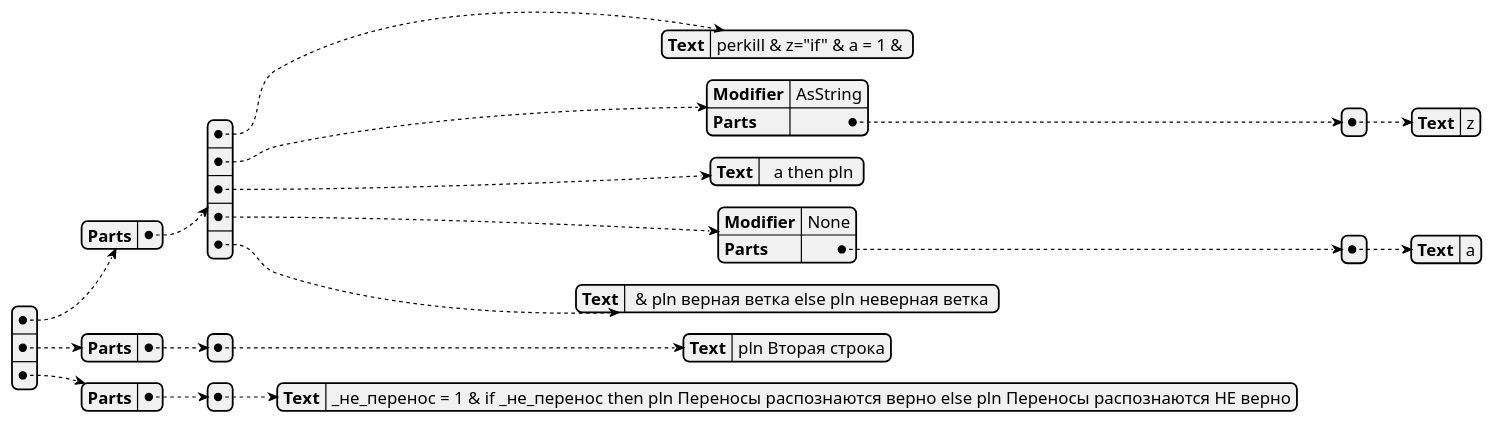
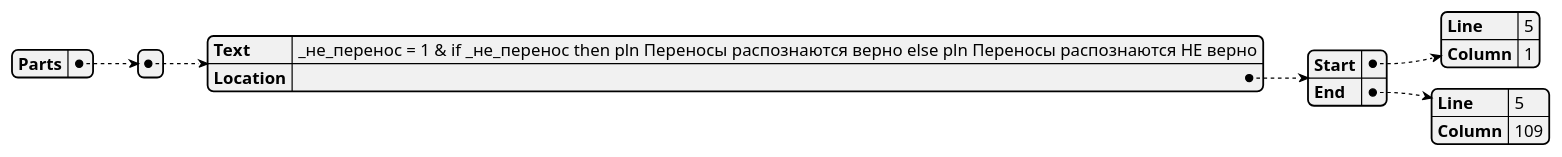
The third of 3 diagrams in Application/MURQ.URQL/docs/URQL parsing.md (realsonic/MURQ), drawn with PlantUML before and after one commit. The commit also changed other lines of this file and 7 other files, not shown here.

````diff
--- a/Application/MURQ.URQL/docs/URQL parsing.md
+++ b/Application/MURQ.URQL/docs/URQL parsing.md
@@ -72,11 +85,5 @@
 ```plantuml
 @startjson
-[
-    {"Parts":[{"Text":"perkill & z=\"if\" & a = 1 & "},{"Modifier":"AsString","Parts":[{"Text":"z"}]},{"Text":"  a then pln "},{"Modifier":"None","Parts":[{"Text":"a"}]},{"Text":" & pln верная ветка else pln неверная ветка "}]},
-    
-    {"Parts":[{"Text":"pln Вторая строка"}]},
-
-    {"Parts":[{"Text":"_не_перенос = 1 & if _не_перенос then pln Переносы распознаются верно else pln Переносы распознаются НЕ верно"}]}
-]
+{"Parts":[{"Text":"_не_перенос = 1 & if _не_перенос then pln Переносы распознаются верно else pln Переносы распознаются НЕ верно","Location":{"Start":{"Line":5,"Column":1},"End":{"Line":5,"Column":109}}}]}
 @endjson
 ```
````
